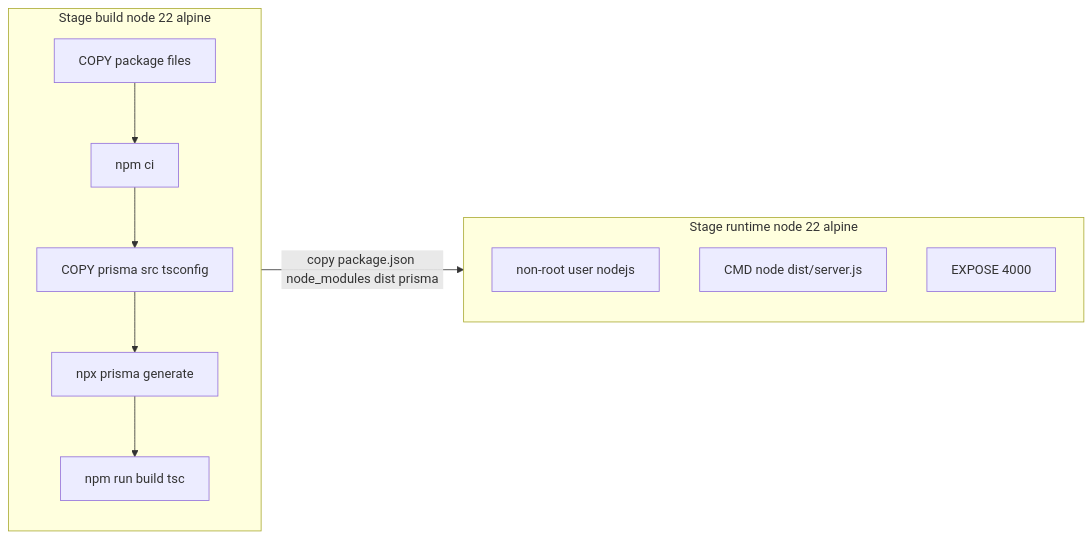
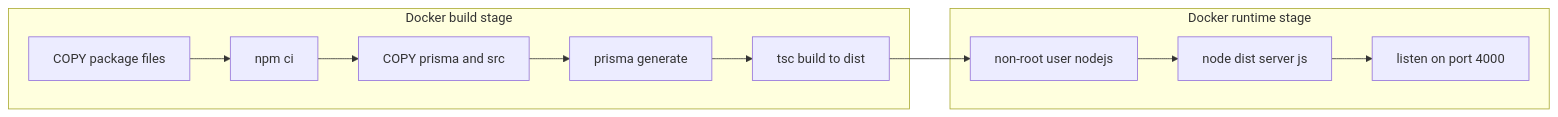
Before and after one commit to Amamer3/HRMS-backend: the ninth of 9 diagrams in README.md, drawn with Mermaid. The commit also changed other lines of this file, not shown here.

Commit message:
Refactor README.md for clarity and consistency. Updated flowcharts to use concise labels, improved descriptions of components, and clarified the Docker setup. Enhanced the authentication flow diagram and added notes on token handling. Adjusted terminology for better understanding.

````diff
--- a/README.md
+++ b/README.md
@@ -362,19 +356,21 @@
 ```mermaid
 flowchart LR
-  subgraph stage1["Stage build node 22 alpine"]
+  subgraph buildStage["Docker build stage"]
     B1[COPY package files]
     B2[npm ci]
-    B3[COPY prisma src tsconfig]
-    B4[npx prisma generate]
-    B5[npm run build tsc]
+    B3[COPY prisma and src]
+    B4[prisma generate]
+    B5[tsc build to dist]
     B1 --> B2 --> B3 --> B4 --> B5
   end
 
-  subgraph stage2["Stage runtime node 22 alpine"]
+  subgraph runStage["Docker runtime stage"]
     R1[non-root user nodejs]
-    R2["CMD node dist/server.js"]
-    R3[EXPOSE 4000]
+    R2[node dist server js]
+    R3[listen on port 4000]
   end
 
-  stage1 -->|"copy package.json node_modules dist prisma"| stage2
+  B5 --> R1
+  R1 --> R2
+  R2 --> R3
 ```
````
